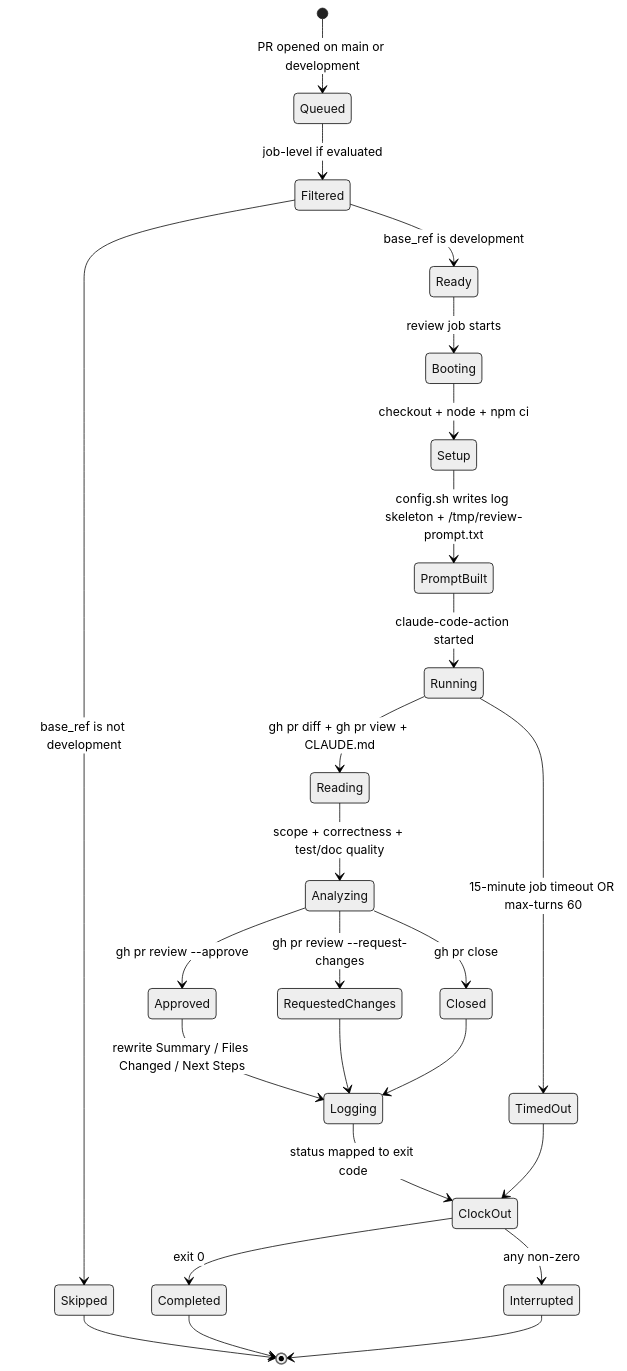
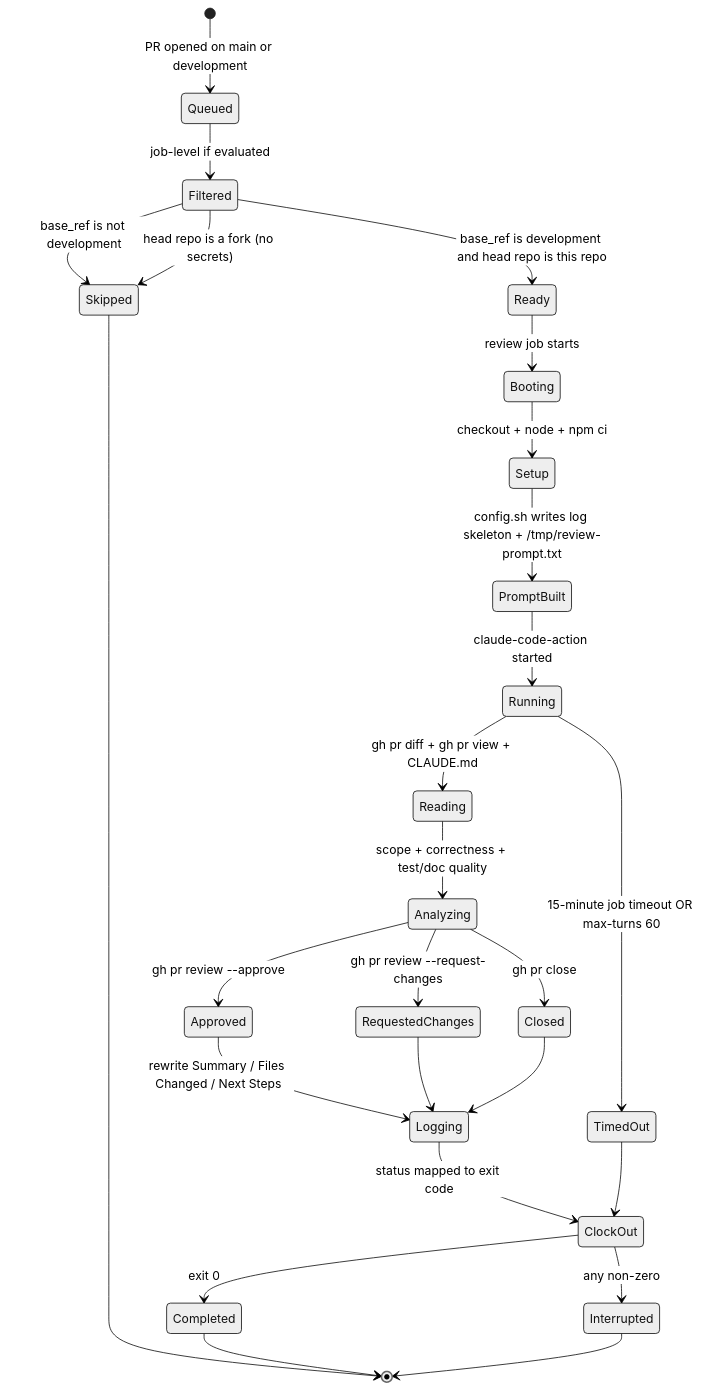
One commit to llm-exe/llm-exe changed the tenth of 12 diagrams in .github/docs/AGENT_REVIEW_PR_DEEP_DIVE.md. Above: the diagram before and after it, drawn with Mermaid (neutral theme). The commit also changed other lines of this file and 3 other files, not shown here.

````diff
--- a/.github/docs/AGENT_REVIEW_PR_DEEP_DIVE.md
+++ b/.github/docs/AGENT_REVIEW_PR_DEEP_DIVE.md
@@ -499,27 +508,28 @@
 ```mermaid
 stateDiagram-v2
     [*] --> Queued: PR opened on main or development
     Queued --> Filtered: job-level if evaluated
     Filtered --> Skipped: base_ref is not development
-    Filtered --> Ready: base_ref is development
+    Filtered --> Skipped: head repo is a fork (no secrets)
+    Filtered --> Ready: base_ref is development and head repo is this repo
     Ready --> Booting: review job starts
     Booting --> Setup: checkout + node + npm ci
     Setup --> PromptBuilt: config.sh writes log skeleton + /tmp/review-prompt.txt
     PromptBuilt --> Running: claude-code-action started
     Running --> Reading: gh pr diff + gh pr view + CLAUDE.md
     Reading --> Analyzing: scope + correctness + test/doc quality
     Analyzing --> Approved: gh pr review --approve
     Analyzing --> RequestedChanges: gh pr review --request-changes
     Analyzing --> Closed: gh pr close
     Approved --> Logging: rewrite Summary / Files Changed / Next Steps
     RequestedChanges --> Logging
     Closed --> Logging
     Logging --> ClockOut: status mapped to exit code
     ClockOut --> Completed: exit 0
     ClockOut --> Interrupted: any non-zero
     Running --> TimedOut: 15-minute job timeout OR max-turns 60
     TimedOut --> ClockOut
     Skipped --> [*]
     Completed --> [*]
     Interrupted --> [*]
 ```
````
